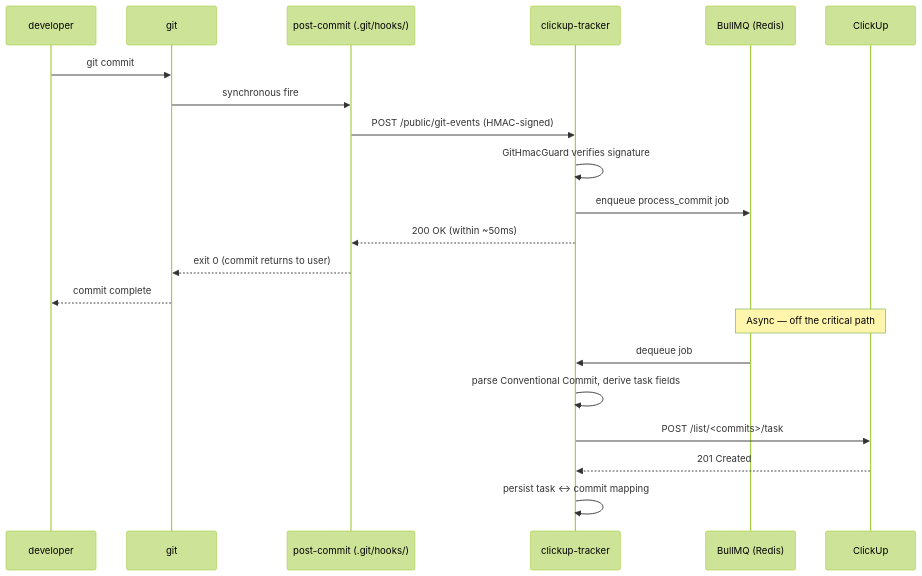
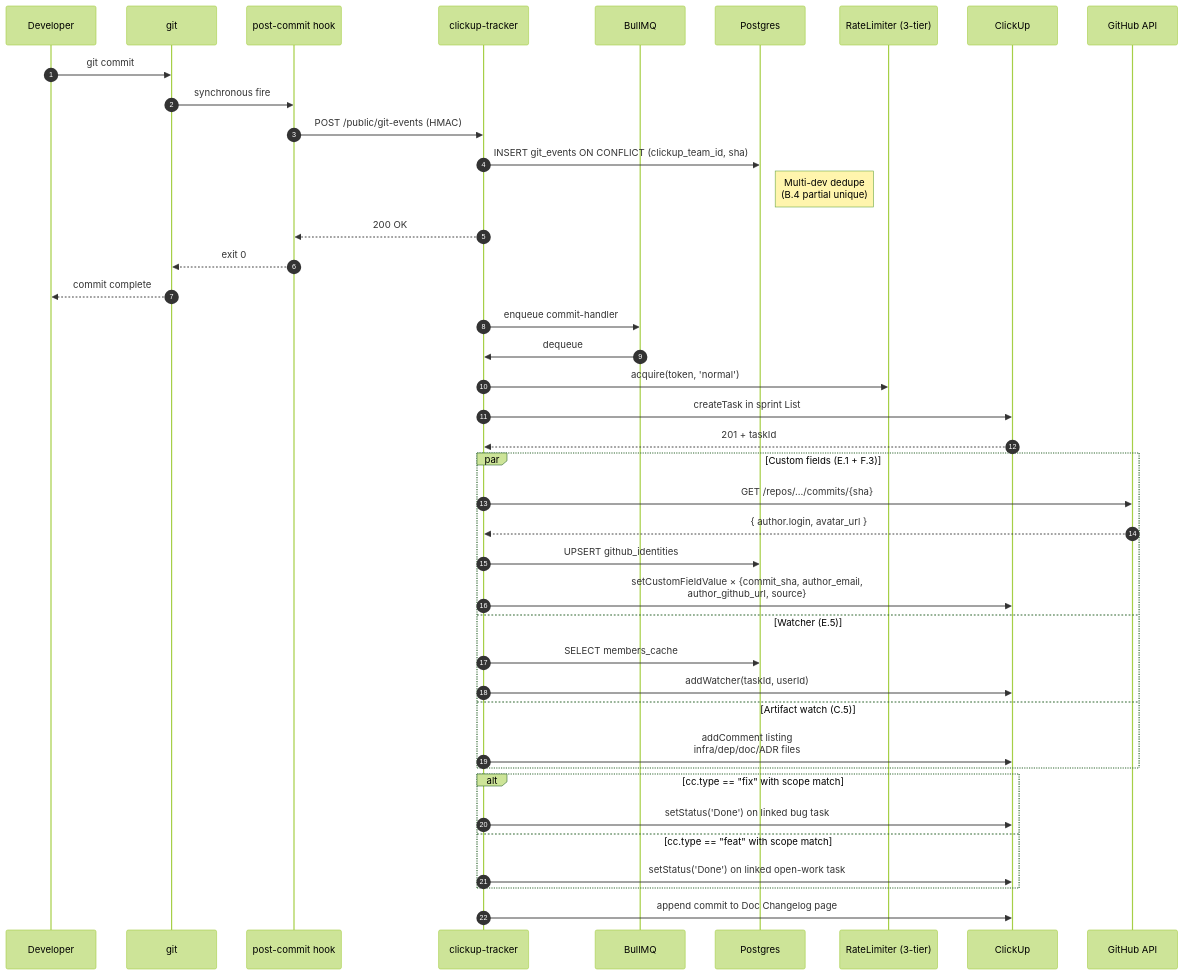
One commit to Achitokun14/clickup-tracker-standalone changed the third of 8 diagrams in docs/architecture.md. Above: the diagram before and after it, drawn with Mermaid (forest theme). The commit also changed other lines of this file and 9 other files, not shown here.

First line of the commit message:
docs: v0.3.0 + v0.4.0 mermaid deep-dives + roadmap (#54)

````diff
--- a/docs/architecture.md
+++ b/docs/architecture.md
@@ -35,25 +71,48 @@
 ```mermaid
 sequenceDiagram
-  participant user as developer
-  participant git as git
-  participant hook as post-commit (.git/hooks/)
-  participant cup as clickup-tracker
-  participant q as BullMQ (Redis)
-  participant cu as ClickUp
+  autonumber
+  participant Dev as Developer
+  participant Git as git
+  participant Hook as post-commit hook
+  participant Daemon as clickup-tracker
+  participant Q as BullMQ
+  participant DB as Postgres
+  participant Limiter as RateLimiter (3-tier)
+  participant CU as ClickUp
+  participant GH as GitHub API
 
-  user->>git: git commit
-  git->>hook: synchronous fire
-  hook->>cup: POST /public/git-events (HMAC-signed)
-  cup->>cup: GitHmacGuard verifies signature
-  cup->>q: enqueue process_commit job
-  cup-->>hook: 200 OK (within ~50ms)
-  hook-->>git: exit 0 (commit returns to user)
-  git-->>user: commit complete
+  Dev->>Git: git commit
+  Git->>Hook: synchronous fire
+  Hook->>Daemon: POST /public/git-events (HMAC)
+  Daemon->>DB: INSERT git_events ON CONFLICT (clickup_team_id, sha)
+  Note right of DB: Multi-dev dedupe<br/>(B.4 partial unique)
+  Daemon-->>Hook: 200 OK
+  Hook-->>Git: exit 0
+  Git-->>Dev: commit complete
 
-  Note over q,cu: Async — off the critical path
-  q->>cup: dequeue job
-  cup->>cup: parse Conventional Commit, derive task fields
-  cup->>cu: POST /list/<commits>/task
-  cu-->>cup: 201 Created
-  cup->>cup: persist task ↔ commit mapping
+  Daemon->>Q: enqueue commit-handler
+  Q->>Daemon: dequeue
+  Daemon->>Limiter: acquire(token, 'normal')
+  Daemon->>CU: createTask in sprint List
+  CU-->>Daemon: 201 + taskId
+
+  par Custom fields (E.1 + F.3)
+    Daemon->>GH: GET /repos/.../commits/{sha}
+    GH-->>Daemon: { author.login, avatar_url }
+    Daemon->>DB: UPSERT github_identities
+    Daemon->>CU: setCustomFieldValue × {commit_sha, author_email,<br/>author_github_url, source}
+  and Watcher (E.5)
+    Daemon->>DB: SELECT members_cache
+    Daemon->>CU: addWatcher(taskId, userId)
+  and Artifact watch (C.5)
+    Daemon->>CU: addComment listing<br/>infra/dep/doc/ADR files
+  end
+
+  alt cc.type == "fix" with scope match
+    Daemon->>CU: setStatus('Done') on linked bug task
+  else cc.type == "feat" with scope match
+    Daemon->>CU: setStatus('Done') on linked open-work task
+  end
+
+  Daemon->>CU: append commit to Doc Changelog page
 ```
````
